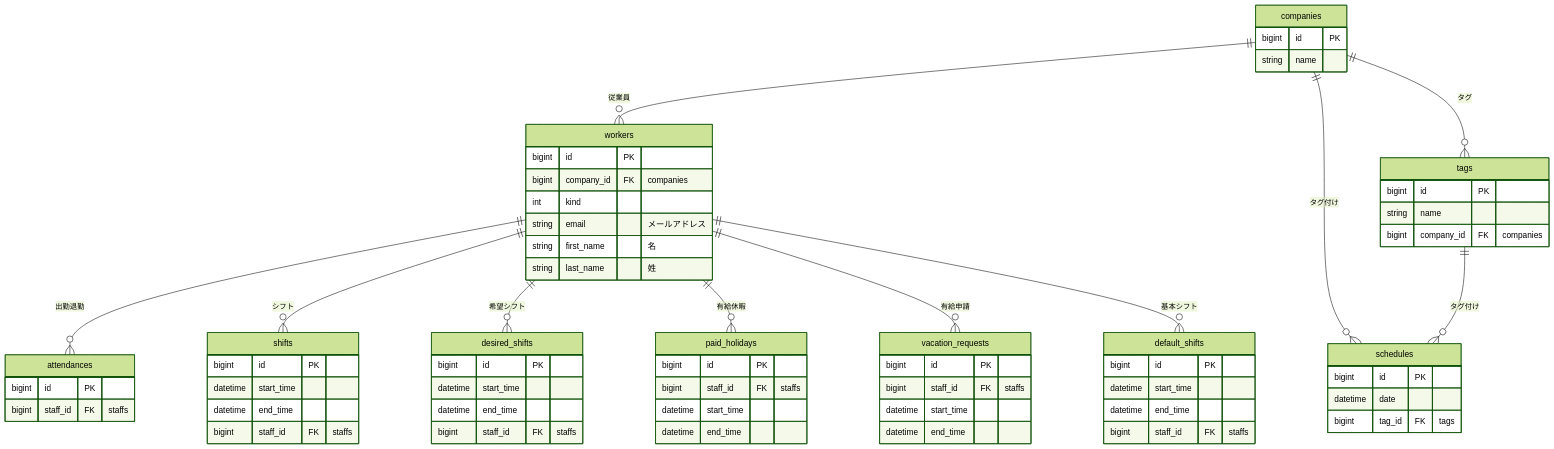
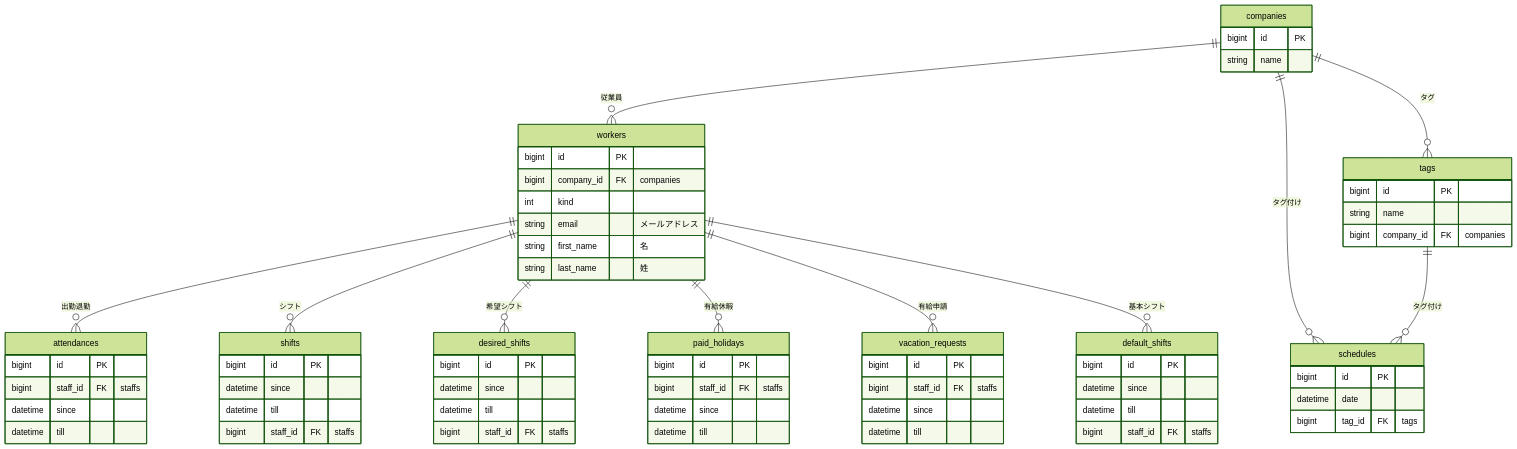
The diagram in db/er.md (piny940/kintai), drawn with Mermaid (forest theme) before and after one commit.

Commit message:
since, tillに変更

````diff
--- a/db/er.md
+++ b/db/er.md
@@ -1,74 +1,76 @@
 ```mermaid
 erDiagram
   companies ||--o{ workers : "従業員"
   companies ||--o{ schedules : "タグ付け"
   companies ||--o{ tags : "タグ"
   tags ||--o{ schedules : "タグ付け"
   workers ||--o{ attendances : "出勤退勤"
   workers ||--o{ shifts : "シフト"
   workers ||--o{ desired_shifts : "希望シフト"
   workers ||--o{ paid_holidays : "有給休暇"
   workers ||--o{ vacation_requests : "有給申請"
   workers ||--o{ default_shifts : "基本シフト"
 
   companies {
     bigint id PK
     string name
   }
   workers {
     bigint id PK
     bigint company_id FK "companies"
     int kind
     string email "メールアドレス"
     string first_name "名"
     string last_name "姓"
   }
 
   attendances {
     bigint id PK
     bigint staff_id FK "staffs"
+    datetime since
+    datetime till
   }
 
   shifts {
     bigint id PK
-    datetime start_time
-    datetime end_time
+    datetime since
+    datetime till
     bigint staff_id FK "staffs"
   }
   desired_shifts {
     bigint id PK
-    datetime start_time
-    datetime end_time
+    datetime since
+    datetime till
     bigint staff_id FK "staffs"
   }
   default_shifts {
     bigint id PK
-    datetime start_time
-    datetime end_time
+    datetime since
+    datetime till
     bigint staff_id FK "staffs"
   }
   
   tags {
     bigint id PK
     string name
     bigint company_id FK "companies"
   }
   schedules {
     bigint id PK
     datetime date
     bigint tag_id FK "tags"
   }
 
   paid_holidays {
     bigint id PK
     bigint staff_id FK "staffs"
-    datetime start_time
-    datetime end_time
+    datetime since
+    datetime till
   }
   vacation_requests {
     bigint id PK
     bigint staff_id FK "staffs"
-    datetime start_time
-    datetime end_time
+    datetime since
+    datetime till
   }
 ```
````
